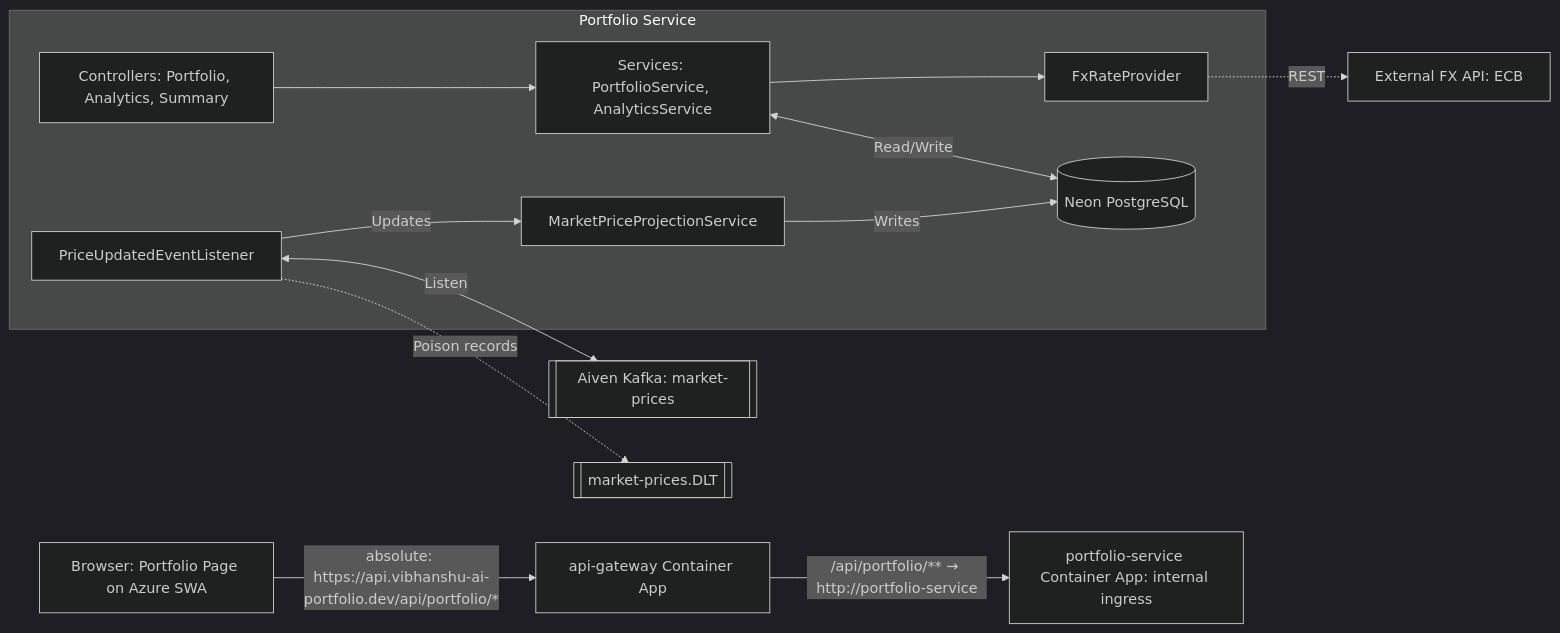
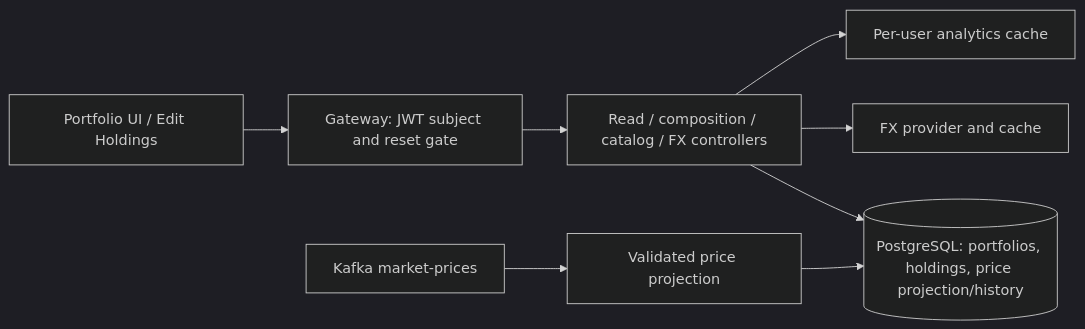
The diagram in docs/e2e-flows/portfolio-service-e2e.md (vibhanshu-agarwal/wealthmgmtandportfoliotracker), drawn with Mermaid (dark theme) before and after one commit. The commit also changed other lines of this file and 4 other files, not shown here.

Commit message:
docs: reconcile service E2E flows with current implementation

````diff
--- a/docs/e2e-flows/portfolio-service-e2e.md
+++ b/docs/e2e-flows/portfolio-service-e2e.md
@@ -82,23 +164,10 @@
 ```mermaid
-graph LR
-    A[Browser: Portfolio Page on Azure SWA] -->|"absolute: https://api.vibhanshu-ai-portfolio.dev/api/portfolio/*"| C[api-gateway Container App]
-    C -->|"/api/portfolio/** → http://portfolio-service"| D[portfolio-service Container App: internal ingress]
-
-    subgraph "Portfolio Service"
-        D1[Controllers: Portfolio, Analytics, Summary]
-        D2[Services: PortfolioService, AnalyticsService]
-        D3[MarketPriceProjectionService]
-        D4[PriceUpdatedEventListener]
-        D5[FxRateProvider]
-
-        D1 --> D2
-        D2 --> D5
-        D4 -->|Updates| D3
-        D3 -->|Writes| E[(Neon PostgreSQL)]
-        D2 <-->|Read/Write| E
-    end
-
-    D4 <-->|Listen| F[[Aiven Kafka: market-prices]]
-    D4 -.->|Poison records| DLT[[market-prices.DLT]]
-    D5 -.->|REST| G[External FX API: ECB]
+flowchart LR
+    B[Portfolio UI / Edit Holdings] --> G[Gateway: JWT subject and reset gate]
+    G --> C[Read / composition / catalog / FX controllers]
+    C --> D[(PostgreSQL: portfolios, holdings, price projection/history)]
+    C --> F[FX provider and cache]
+    K[Kafka market-prices] --> P[Validated price projection]
+    P --> D
+    C --> A[Per-user analytics cache]
 ```
````
